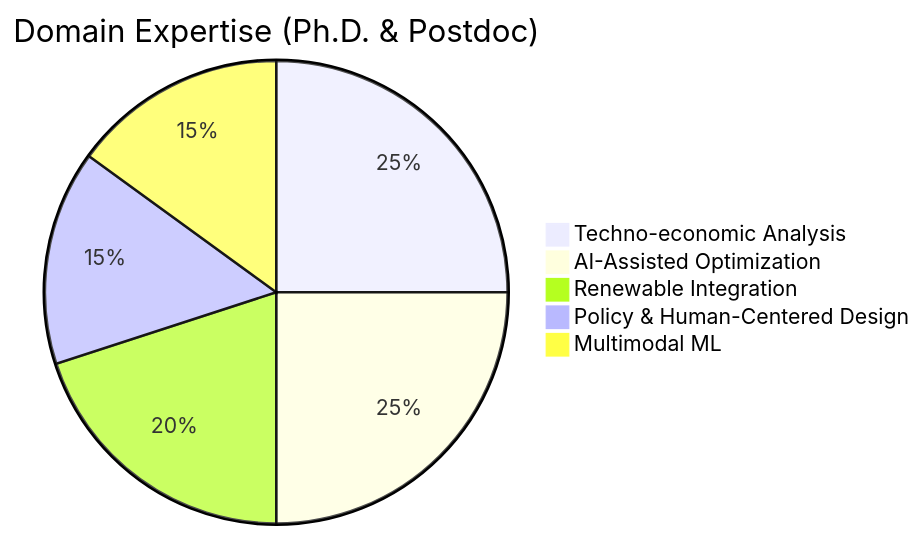
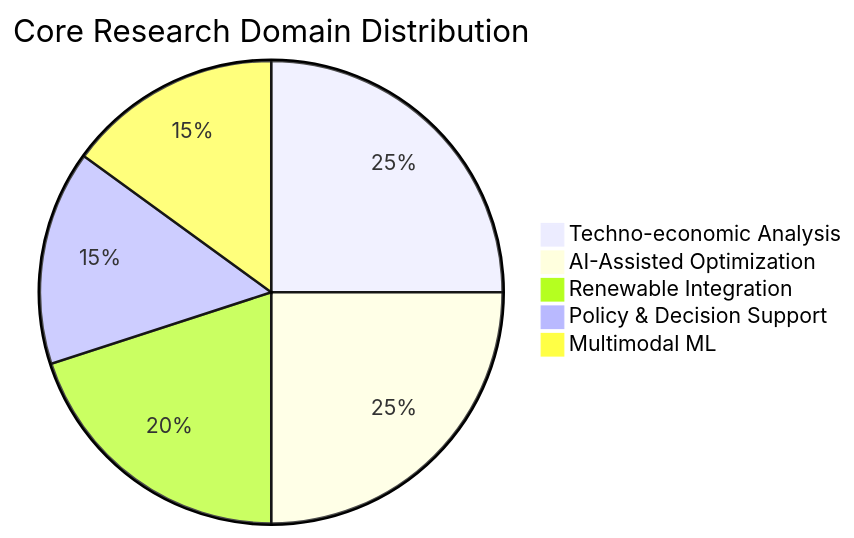
Before and after one commit to BurhanAbdullah/BurhanAbdullah: the diagram in README.md, drawn with Mermaid. The commit also changed other lines of this file, not shown here.

Commit message:
Final Profile Optimization: High-fidelity layout and Mermaid visuals

````diff
--- a/README.md
+++ b/README.md
@@ -13,8 +18,8 @@
 ```mermaid
-pie title Domain Expertise (Ph.D. & Postdoc)
+pie title Core Research Domain Distribution
     "Techno-economic Analysis" : 25
     "AI-Assisted Optimization" : 25
     "Renewable Integration" : 20
-    "Policy & Human-Centered Design" : 15
+    "Policy & Decision Support" : 15
     "Multimodal ML" : 15
 ```
````
